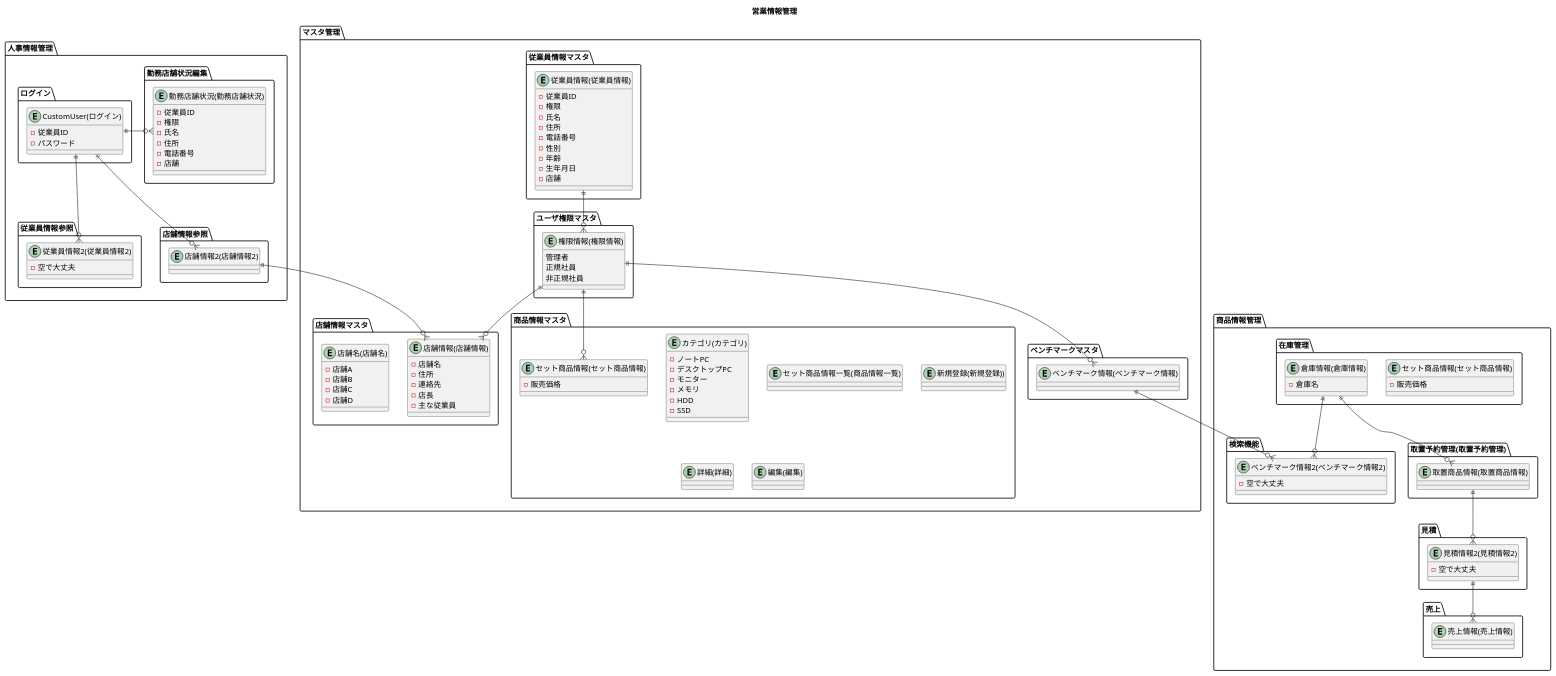
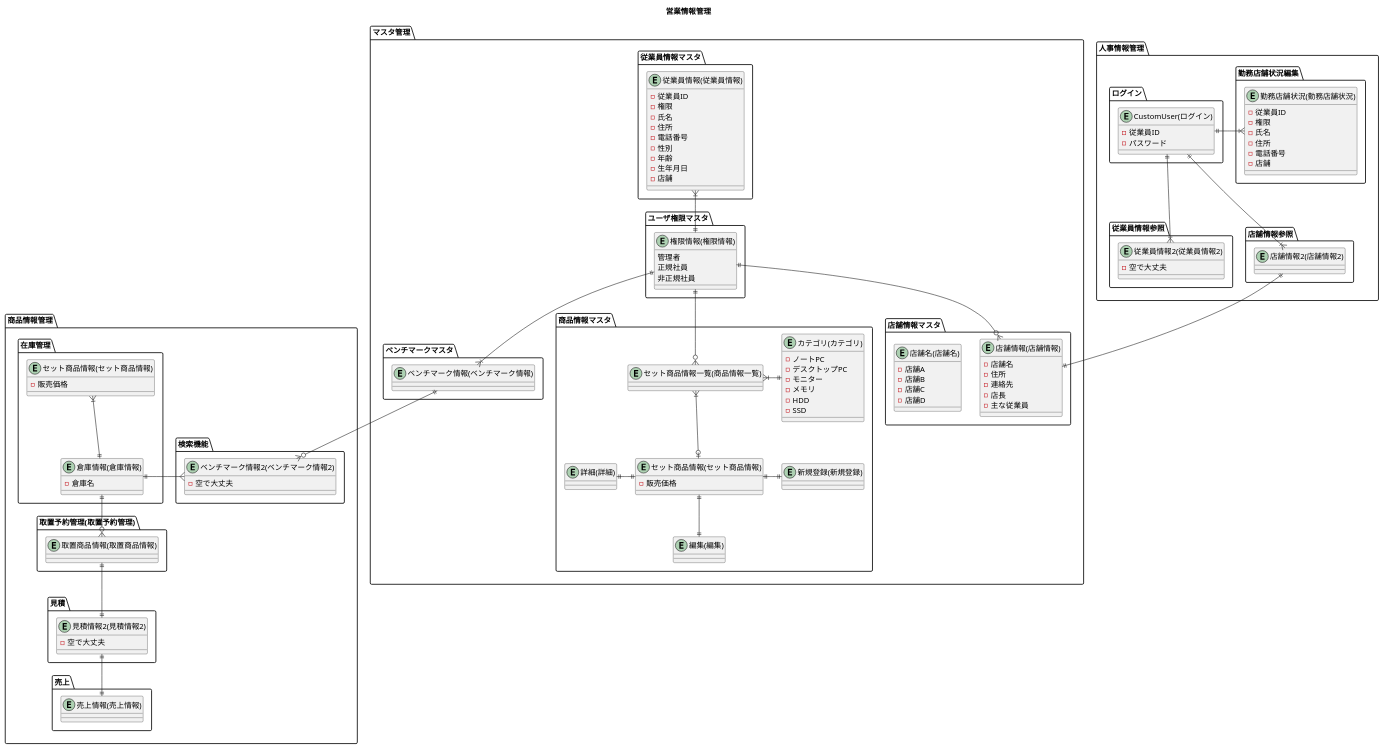
Before and after one commit to HaruShim/Sotuken: the diagram in 各種設計書/5クラス図/クラス図_リレーション(仮).wsd, drawn with PlantUML.

```diff
--- a/各種設計書/5クラス図/クラス図_リレーション(仮).wsd
+++ b/各種設計書/5クラス図/クラス図_リレーション(仮).wsd
@@ -1,193 +1,199 @@
 @startuml クラス図
 ' left to right direction
 
 title 営業情報管理
 
 
 package "マスタ管理" as mastermana {
     package 従業員情報マスタ{
         ' 従業員情報
         ' モデル
         entity "従業員情報(従業員情報)" as 従業員{
             -従業員ID
             -権限
             -氏名
             -住所
             -電話番号
             -性別
             -年齢
             -生年月日
             -店舗
         }
     }
     package "店舗情報マスタ"{
         ' 店舗情報
         ' モデル
         entity "店舗情報(店舗情報)" as 店舗{
             -店舗名
             -住所
             -連絡先
             -店長
             -主な従業員
         }
         entity "店舗名(店舗名)" as 店舗名{
             -店舗A
             -店舗B
             -店舗C
             -店舗D
         }
     }
     package ユーザ権限マスタ{
         'ユーザ権限'
         ' モデル
         entity "権限情報(権限情報)" as 権限{
             管理者
             正規社員
             非正規社員
         }
     }
     package 商品情報マスタ{
         ' 商品情報管理
         ' モデル
         entity "セット商品情報(セット商品情報)" as セット{
             -販売価格
             ' 保留中
         }
         entity "カテゴリ(カテゴリ)" as カテゴリ{
             -ノートPC
             -デスクトップPC
             -モニター
             -メモリ
             -HDD
             -SSD
         }
         ' コントローラ
-        entity セット商品情報一覧(商品情報一覧){}
-        entity 新規登録(新規登録)){}
-        entity 詳細(詳細){}
-        entity 編集(編集){}
+        entity "セット商品情報一覧(商品情報一覧)" as セット一覧{}
+        entity "新規登録(新規登録)" as 新規{}
+        entity "詳細(詳細)" as 詳細{}
+        entity "編集(編集)" as 編集{}
+        セット一覧}|--o|セット
+        セット一覧}|-r-||カテゴリ
+        セット||-r-||新規
+        セット||-d-||編集
+        セット||-l-||詳細
     }
     package ベンチマークマスタ{
         ' ベンチマークマスタ
         ' モデル
         entity "ベンチマーク情報(ベンチマーク情報)" as ベンチマーク{
             ' 保留中
         }
     }
     ' package 売上情報マスタ{
         ' 売上情報
         ' モデル
-        従業員 ||-d-o{ 権限
-        権限 ||-d-o{ ベンチマーク
-        権限 ||-d-o{ セット
+        従業員 }|-d-|| 権限
+        権限 ||-d-|{ ベンチマーク
+        権限 ||-d-o{ セット一覧
         権限 ||-d-o{ 店舗
 
 }
 
 
 package "商品情報管理" as itemmana {
     package 在庫管理{
         ' 商品情報管理
         ' モデル
         entity "セット商品情報(セット商品情報)" as セット商品情報{
             -販売価格
             ' 保留中
         }
         entity "倉庫情報(倉庫情報)" as 倉庫情報{
         -倉庫名
         ' +移動指示()
         }
+        セット商品情報}|-d-||倉庫情報
     }
     package 検索機能{
         ' ベンチマークマスタ
         ' モデル
         entity "ベンチマーク情報2(ベンチマーク情報2)" as ベンチマーク情報2{
             ' 保留中
             -空で大丈夫
         }
     }
     package 取置予約管理(取置予約管理){
         ' 取置商品情報
         ' モデル
         entity "取置商品情報(取置商品情報)" as 取置商品情報{
 
         }
     }
     package 見積{
         entity "見積情報2(見積情報2)" as 見積情報2{
             -空で大丈夫
         }
     }
     package 売上{
         ' 売上情報
         ' モデル
         entity "売上情報(売上情報)" as 売上情報{}
     }
     倉庫情報||-d-o{取置商品情報
-    倉庫情報||--o{ベンチマーク情報2
-    取置商品情報||-d-o{見積情報2
-    見積情報2||-d-o{売上情報
+    倉庫情報||-r-{ベンチマーク情報2
+    取置商品情報||-d-||見積情報2
+    見積情報2||-d-||売上情報
 
     
 }
 
 
 package "人事情報管理" as huremana {
     package 従業員情報参照{
         entity "従業員情報2(従業員情報2)" as 従業員情報2{
             -空で大丈夫
         }
     }
     package 店舗情報参照{
         entity "店舗情報2(店舗情報2)" as 店舗情報2{}
     }
     package 勤務店舗状況編集{
         entity "勤務店舗状況(勤務店舗状況)" as 勤務店舗{
             -従業員ID
             -権限
             -氏名
             -住所
             -電話番号
             -店舗
         }
     }
     package ログイン{
         ' ログイン'
         ' モデル
         ' entity "django-allauth(ログイン)" as da{
         '     -従業員ID
         '     -パスワード
         '     ' +ログイン()
         ' }
         entity "CustomUser(ログイン)" as login{
             -従業員ID
             -パスワード
         }
     }
-    login ||-r-o{ 勤務店舗
-    login ||--o{ 従業員情報2
-    login ||-d-o{ 店舗情報2
+    login ||-r-|{ 勤務店舗
+    login ||--|{ 従業員情報2
+    login ||-d-|{ 店舗情報2
 }
 
 
-店舗情報2||-d-o{店舗
+店舗情報2||-d-||店舗
 ベンチマーク||-d-o{ベンチマーク情報2
 
 
 
 
 
 
 ' entity Meta{
 '     -保留
 ' }
 
 ' itemmana -[hidden]- huremana
 ' mastermana -[hidden]down- itemmana
 ' mastermana -[hidden]down- huremana
 
 ' 要素の書き出しから
 
 
 ' CustomUser +-- Meta
 @enduml
```
